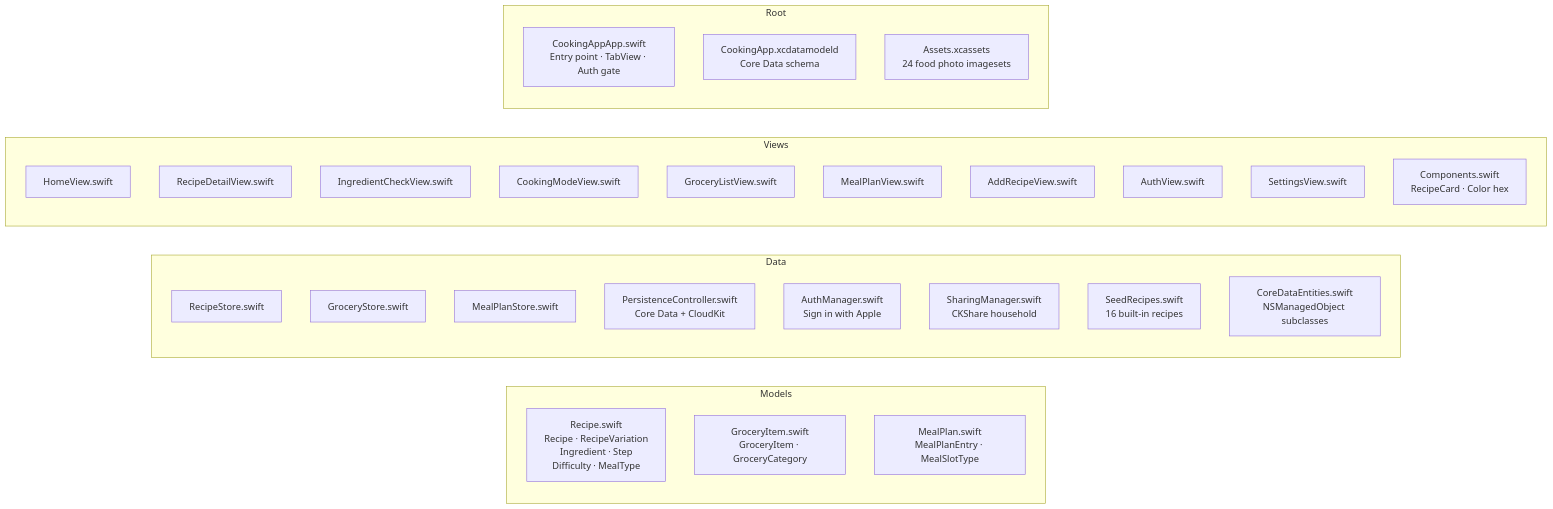
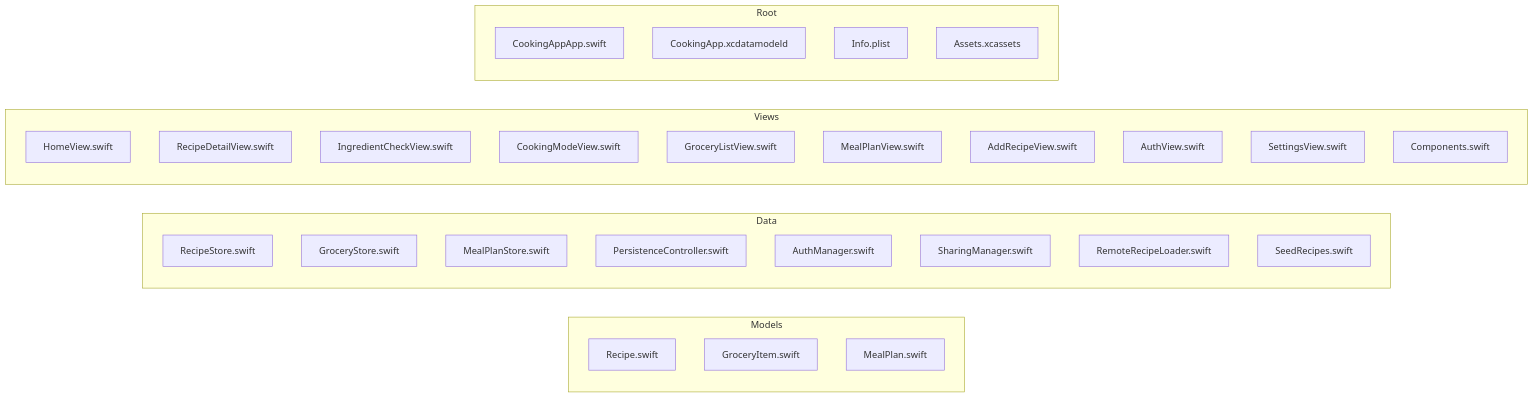
Before and after one commit to kalyanindianapolis-web/CookingApp: the sixth of 6 diagrams in MD files/CookingApp-Obsidian.md, drawn with Mermaid. The commit also changed other lines of this file and 1 other file, not shown here.

First line of the commit message:
Update Obsidian vault with HA remote loading + all session changes

````diff
--- a/MD files/CookingApp-Obsidian.md
+++ b/MD files/CookingApp-Obsidian.md
@@ -316,38 +449,39 @@
 ```mermaid
 graph LR
     subgraph Models
-        RM[Recipe.swift\nRecipe · RecipeVariation\nIngredient · Step\nDifficulty · MealType]
-        GM[GroceryItem.swift\nGroceryItem · GroceryCategory]
-        MM[MealPlan.swift\nMealPlanEntry · MealSlotType]
+        RM[Recipe.swift]
+        GM[GroceryItem.swift]
+        MM[MealPlan.swift]
     end
 
     subgraph Data
         RS[RecipeStore.swift]
         GS[GroceryStore.swift]
         MPS[MealPlanStore.swift]
-        PC[PersistenceController.swift\nCore Data + CloudKit]
-        AM[AuthManager.swift\nSign in with Apple]
-        SM[SharingManager.swift\nCKShare household]
-        SR[SeedRecipes.swift\n16 built-in recipes]
-        CE[CoreDataEntities.swift\nNSManagedObject subclasses]
+        PC[PersistenceController.swift]
+        AM[AuthManager.swift]
+        SM[SharingManager.swift]
+        RRL[RemoteRecipeLoader.swift]
+        SR[SeedRecipes.swift]
     end
 
     subgraph Views
         HV2[HomeView.swift]
         RDV2[RecipeDetailView.swift]
         ICV2[IngredientCheckView.swift]
         CMV2[CookingModeView.swift]
         GLV2[GroceryListView.swift]
         MPV2[MealPlanView.swift]
         ARV2[AddRecipeView.swift]
         AV2[AuthView.swift]
         SV2[SettingsView.swift]
-        CO[Components.swift\nRecipeCard · Color hex]
+        CO[Components.swift]
     end
 
     subgraph Root
-        APP[CookingAppApp.swift\nEntry point · TabView · Auth gate]
-        CDM[CookingApp.xcdatamodeld\nCore Data schema]
-        ASS[Assets.xcassets\n24 food photo imagesets]
+        APP[CookingAppApp.swift]
+        CDM[CookingApp.xcdatamodeld]
+        INF[Info.plist]
+        ASS[Assets.xcassets]
     end
 ```
````
